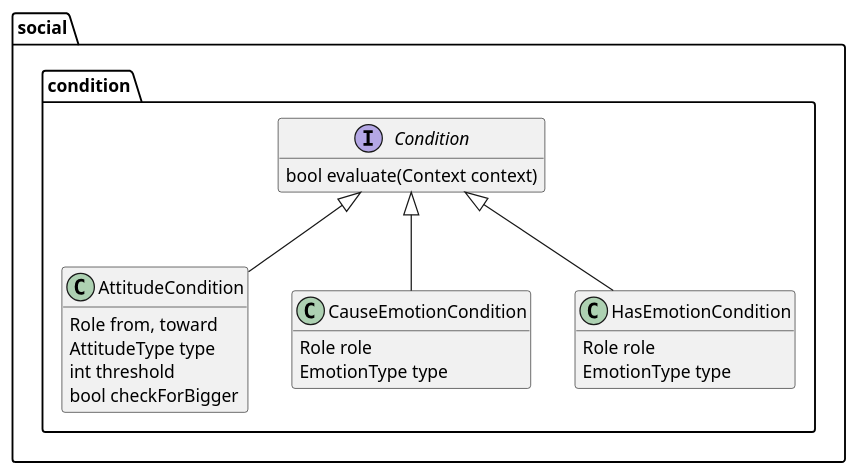
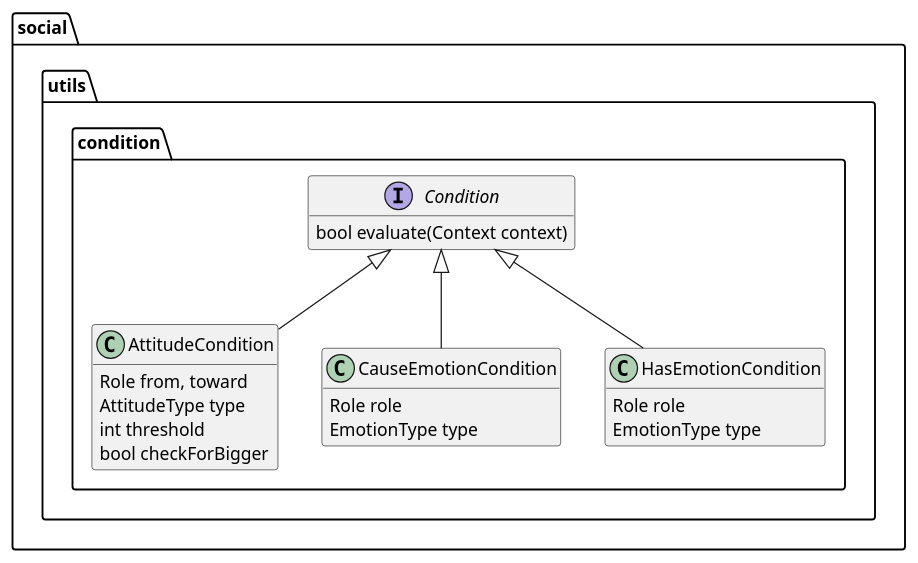
The diagram in doc/design/condition.puml (Orchaldir/SocialSimulation), drawn with PlantUML before and after one commit. The commit also changed 25 other files, not shown here.

Commit message:
[#11] Rename package utility to utils

```diff
--- a/doc/design/condition.puml
+++ b/doc/design/condition.puml
@@ -1,39 +1,35 @@
 @startuml
 
 hide empty members
 
-package social {
-
-package condition {
+package social.utils.condition {
 
 interface Condition {
   bool evaluate(Context context)
 }
 
 class AttitudeCondition {
   Role from, toward
   AttitudeType type
   int threshold
   bool checkForBigger
 }
 
 class CauseEmotionCondition {
   Role role
   EmotionType type
 }
 
 class HasEmotionCondition {
   Role role
   EmotionType type
 }
 
 }
 
-}
-
 Condition <|-- AttitudeCondition
 Condition <|-- CauseEmotionCondition
 Condition <|-- HasEmotionCondition
 
 
 @enduml
```
